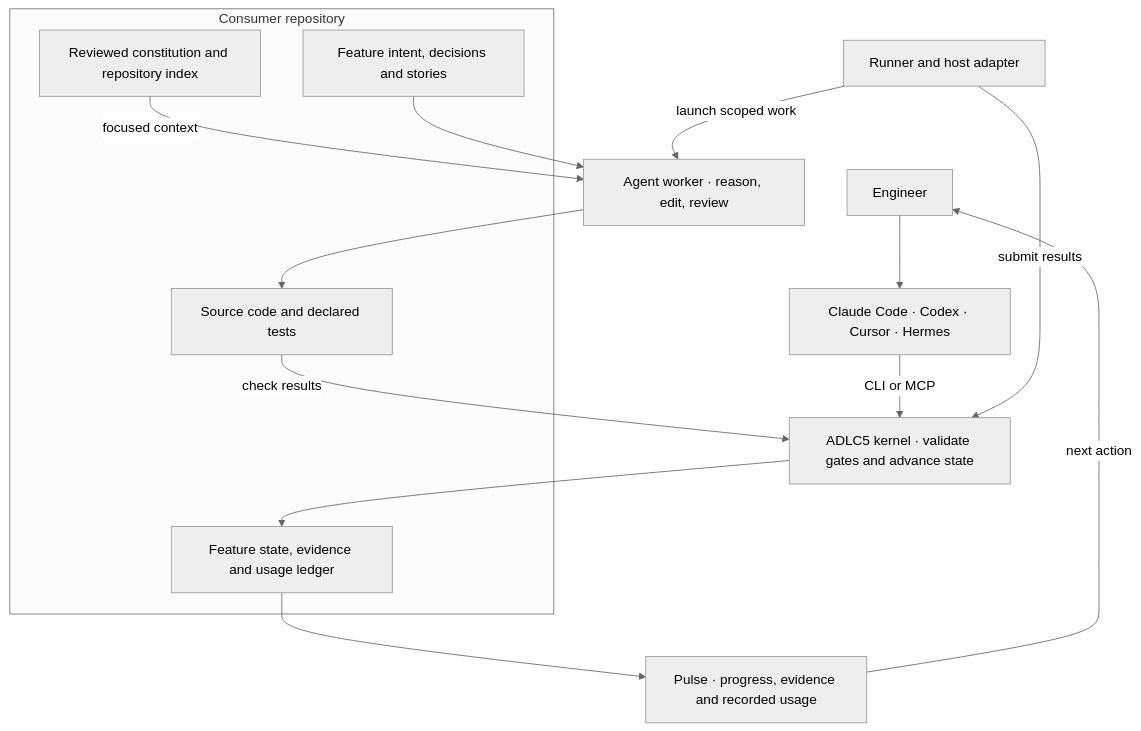
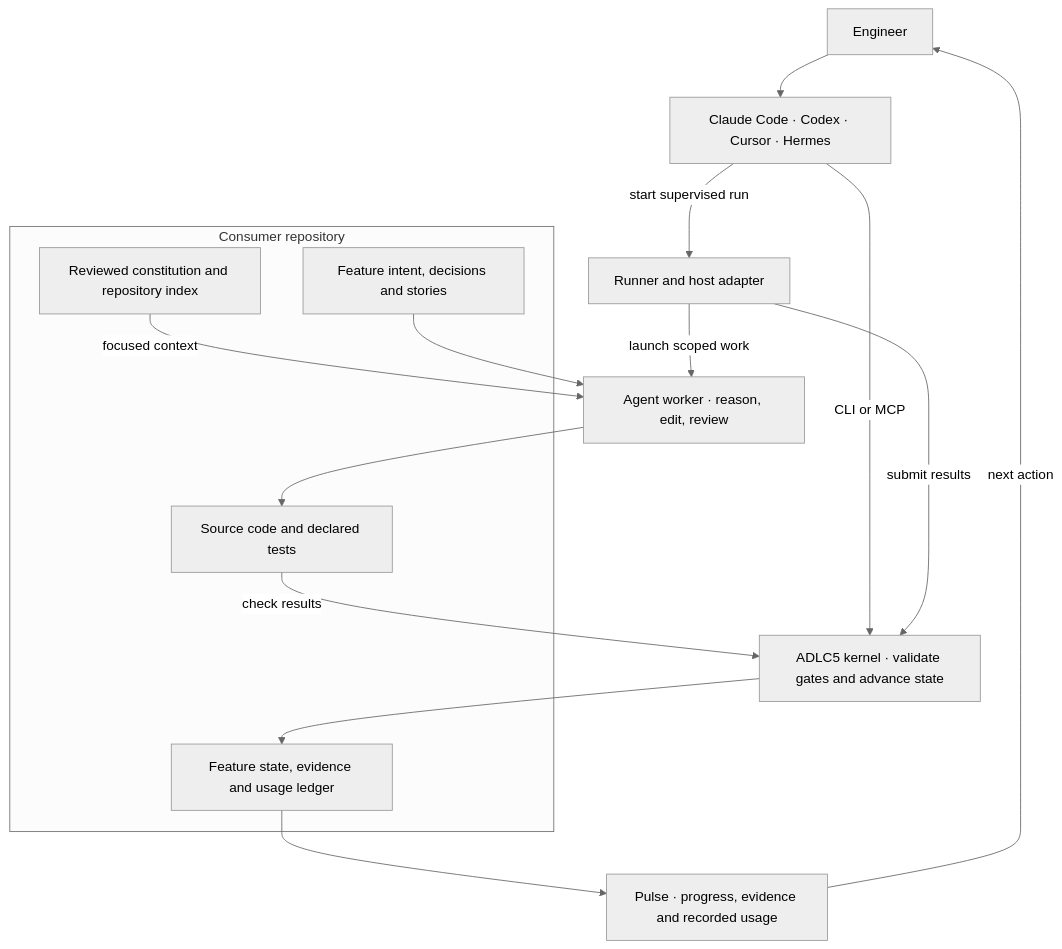
The second of 2 diagrams in docs/golden-state-implementation-plan.md (dango-tech/adlc5), drawn with Mermaid (neutral theme) before and after one commit.

Commit message:
Show the host starting supervised runs in the architecture plan

````diff
--- a/docs/golden-state-implementation-plan.md
+++ b/docs/golden-state-implementation-plan.md
@@ -158,20 +158,21 @@
 ```mermaid
 flowchart TB
     E["Engineer"] --> H["Claude Code · Codex · Cursor · Hermes"]
     H -->|"CLI or MCP"| K["ADLC5 kernel · validate gates and advance state"]
-    W["Runner and host adapter"] -->|"launch scoped work"| A["Agent worker · reason, edit, review"]
+    H -->|"start supervised run"| W["Runner and host adapter"]
+    W -->|"launch scoped work"| A["Agent worker · reason, edit, review"]
     W -->|"submit results"| K
     subgraph Repo["Consumer repository"]
         C["Reviewed constitution and repository index"]
         F["Feature intent, decisions and stories"]
         X["Source code and declared tests"]
         L["Feature state, evidence and usage ledger"]
     end
     C -->|"focused context"| A
     F --> A
     A --> X
     X -->|"check results"| K
     K --> L
     L --> P["Pulse · progress, evidence and recorded usage"]
     P -->|"next action"| E
 ```
````
